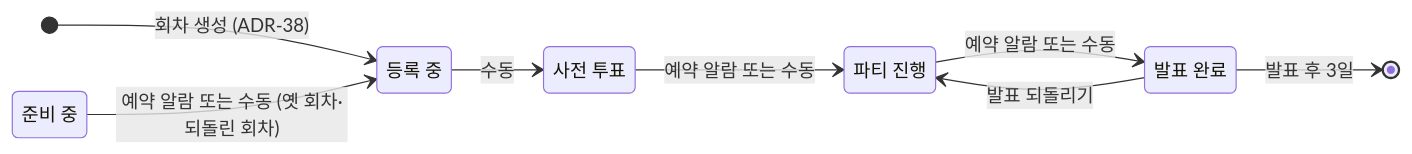
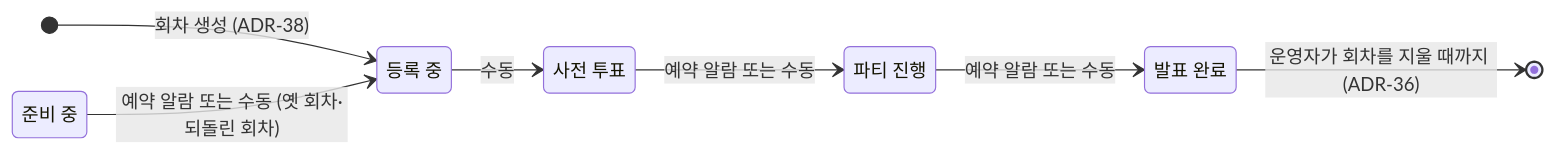
One commit to xcellentbird/tone-pick changed the fourth of 6 diagrams in docs/USER-FLOWS.md. Above: the diagram before and after it, drawn with Mermaid. The commit also changed other lines of this file and 13 other files, not shown here.

First line of the commit message:
feat!: 발표는 되돌릴 수 없다 — 현황 탭의 `발표 되돌리기` 를 걷어낸다 (ADR-50)

````diff
--- a/docs/USER-FLOWS.md
+++ b/docs/USER-FLOWS.md
@@ -207,18 +203,17 @@
 ```mermaid
 stateDiagram-v2
     direction LR
 
     prep: 준비 중
     reg: 등록 중
     prevote: 사전 투표
     party: 파티 진행
     done: 발표 완료
 
     [*] --> reg: 회차 생성 (ADR-38)
     prep --> reg: 예약 알람 또는 수동 (옛 회차·되돌린 회차)
     reg --> prevote: 수동
     prevote --> party: 예약 알람 또는 수동
     party --> done: 예약 알람 또는 수동
-    done --> party: 발표 되돌리기
-    done --> [*]: 발표 후 3일
+    done --> [*]: 운영자가 회차를 지울 때까지 (ADR-36)
 ```
````
